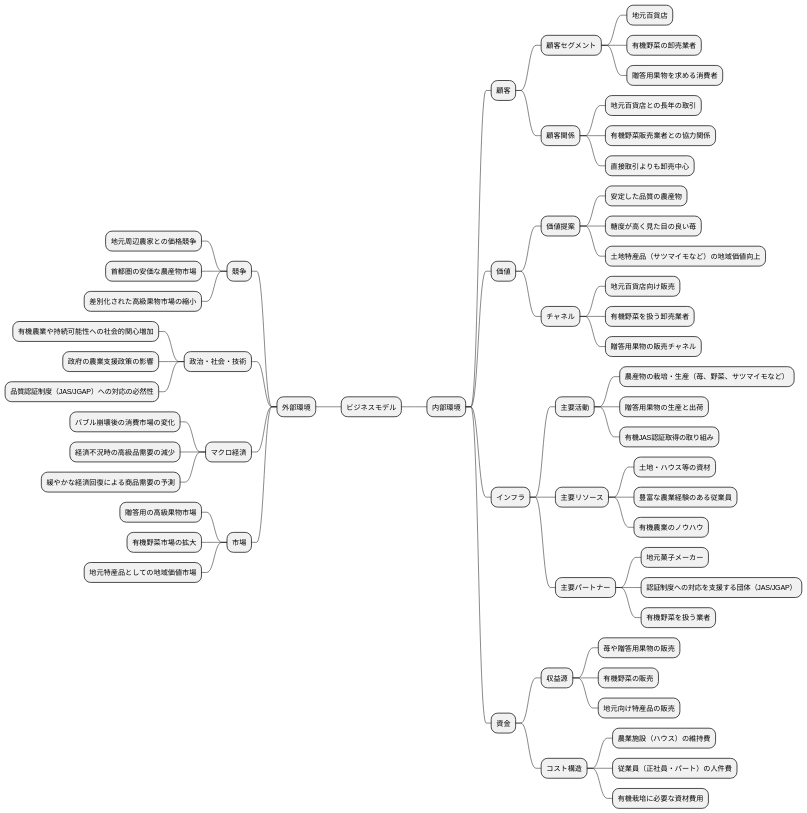
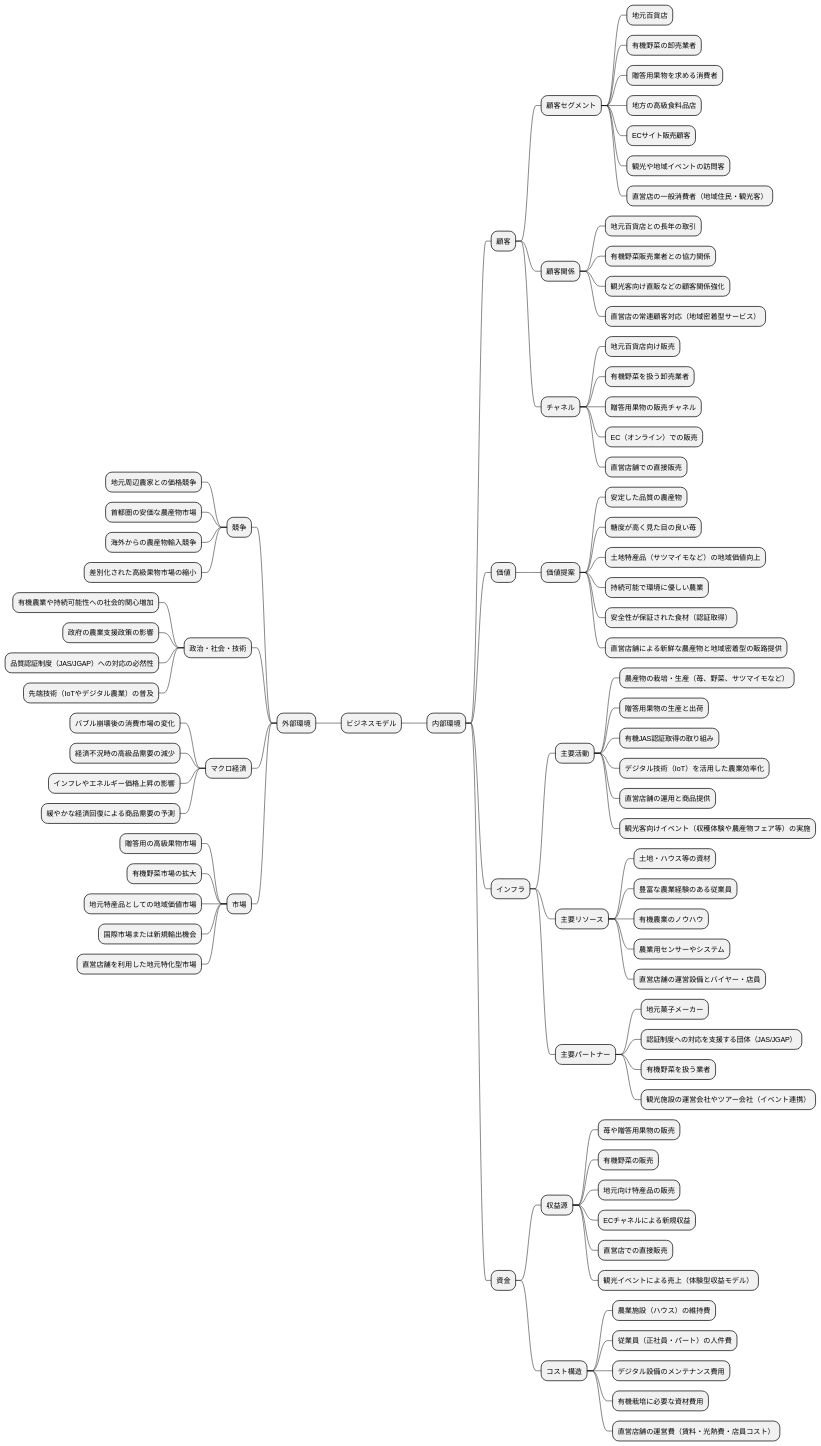
One commit to k2works/case-study-business-analysis changed the second of 19 diagrams in docs/case/r04_case_1.adoc. Above: the diagram before and after it, drawn with PlantUML. The commit also changed other lines of this file, not shown here.

```diff
--- a/docs/case/r04_case_1.adoc
+++ b/docs/case/r04_case_1.adoc
@@ -74,59 +74,86 @@
 ***** 地元百貨店
 ***** 有機野菜の卸売業者
 ***** 贈答用果物を求める消費者
+***** 地方の高級食料品店
+***** ECサイト販売顧客
+***** 観光や地域イベントの訪問客
+***** 直営店の一般消費者（地域住民・観光客）
 **** 顧客関係
 ***** 地元百貨店との長年の取引
 ***** 有機野菜販売業者との協力関係
-***** 直接取引よりも卸売中心
+***** 観光客向け直販などの顧客関係強化
+***** 直営店の常連顧客対応（地域密着型サービス）
+**** チャネル
+***** 地元百貨店向け販売
+***** 有機野菜を扱う卸売業者
+***** 贈答用果物の販売チャネル
+***** EC（オンライン）での販売
+***** 直営店舗での直接販売
 *** 価値
 **** 価値提案
 ***** 安定した品質の農産物
 ***** 糖度が高く見た目の良い苺
 ***** 土地特産品（サツマイモなど）の地域価値向上
-**** チャネル
-***** 地元百貨店向け販売
-***** 有機野菜を扱う卸売業者
-***** 贈答用果物の販売チャネル
+***** 持続可能で環境に優しい農業
+***** 安全性が保証された食材（認証取得）
+***** 直営店舗による新鮮な農産物と地域密着型の販路提供
 *** インフラ
 **** 主要活動
 ***** 農産物の栽培・生産（苺、野菜、サツマイモなど）
 ***** 贈答用果物の生産と出荷
 ***** 有機JAS認証取得の取り組み
+***** デジタル技術（IoT）を活用した農業効率化
+***** 直営店舗の運用と商品提供
+***** 観光客向けイベント（収穫体験や農産物フェア等）の実施
 **** 主要リソース
 ***** 土地・ハウス等の資材
 ***** 豊富な農業経験のある従業員
 ***** 有機農業のノウハウ
+***** 農業用センサーやシステム
+***** 直営店舗の運営設備とバイヤー・店員
 **** 主要パートナー
 ***** 地元菓子メーカー
 ***** 認証制度への対応を支援する団体（JAS/JGAP）
 ***** 有機野菜を扱う業者
+***** 観光施設の運営会社やツアー会社（イベント連携）
 *** 資金
 **** 収益源
 ***** 苺や贈答用果物の販売
 ***** 有機野菜の販売
 ***** 地元向け特産品の販売
+***** ECチャネルによる新規収益
+***** 直営店での直接販売
+***** 観光イベントによる売上（体験型収益モデル）
 **** コスト構造
 ***** 農業施設（ハウス）の維持費
 ***** 従業員（正社員・パート）の人件費
+***** デジタル設備のメンテナンス費用
 ***** 有機栽培に必要な資材費用
+***** 直営店舗の運営費（賃料・光熱費・店員コスト）
+
 left side
 ** 外部環境
 *** 競争
 **** 地元周辺農家との価格競争
 **** 首都圏の安価な農産物市場
+**** 海外からの農産物輸入競争
 **** 差別化された高級果物市場の縮小
 *** 政治・社会・技術
 **** 有機農業や持続可能性への社会的関心増加
 **** 政府の農業支援政策の影響
 **** 品質認証制度（JAS/JGAP）への対応の必然性
+**** 先端技術（IoTやデジタル農業）の普及
 *** マクロ経済
 **** バブル崩壊後の消費市場の変化
 **** 経済不況時の高級品需要の減少
+**** インフレやエネルギー価格上昇の影響
 **** 緩やかな経済回復による商品需要の予測
 *** 市場
 **** 贈答用の高級果物市場
 **** 有機野菜市場の拡大
 **** 地元特産品としての地域価値市場
+**** 国際市場または新規輸出機会
+**** 直営店舗を利用した地元特化型市場
 
 @endmindmap
 ----
```
